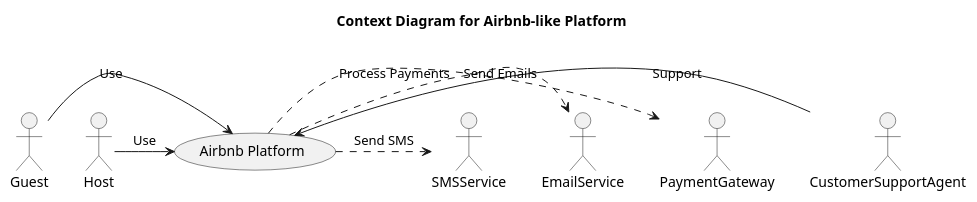
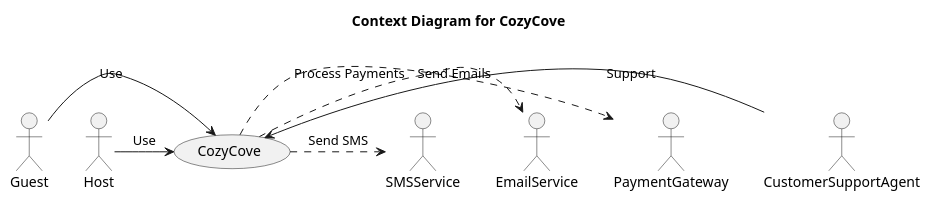
Before and after one commit to SWENGG4Y2024/SWENGG4Y2024Team02: the diagram in Context.puml, drawn with PlantUML.

```diff
--- a/Context.puml
+++ b/Context.puml
@@ -1,20 +1,20 @@
 @startuml
 
-title Context Diagram for Airbnb-like Platform
+title Context Diagram for CozyCove
 
 actor Guest
 actor Host
 actor CustomerSupportAgent
 actor PaymentGateway
 actor EmailService
 actor SMSService
 
-Guest -right-> (Airbnb Platform): Use
-Host -right-> (Airbnb Platform): Use
-CustomerSupportAgent -left-> (Airbnb Platform): Support
+Guest -right-> (CozyCove): Use
+Host -right-> (CozyCove): Use
+CustomerSupportAgent -left-> (CozyCove): Support
 
-(Airbnb Platform) .> PaymentGateway: Process Payments
-(Airbnb Platform) .> EmailService: Send Emails
-(Airbnb Platform) .> SMSService: Send SMS
+(CozyCove) .> PaymentGateway: Process Payments
+(CozyCove) .> EmailService: Send Emails
+(CozyCove) .> SMSService: Send SMS
 
 @enduml
```
